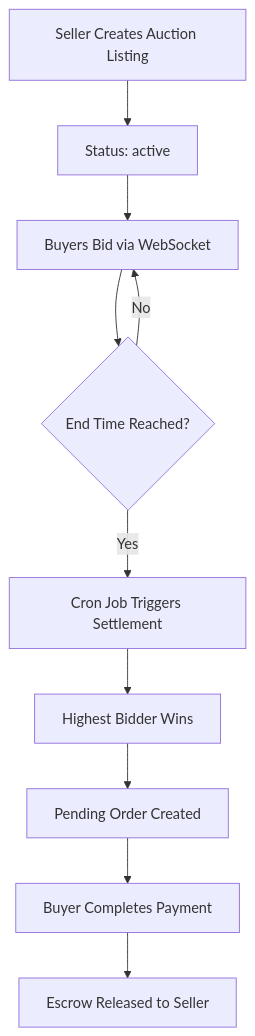
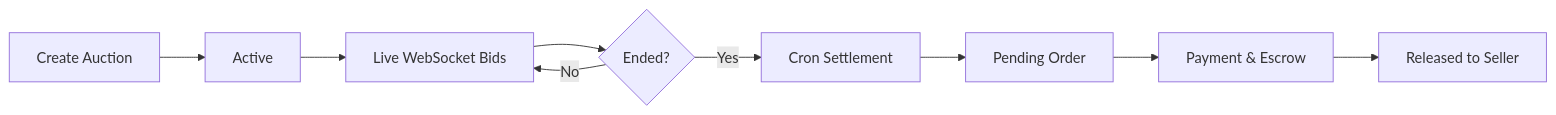
One commit to Sia3136/BidCraft changed the second of 7 diagrams in README.md. Above: the diagram before and after it, drawn with Mermaid. The commit also changed other lines of this file, not shown here.

Commit message:
docs: update README badges, interface preview layout, and architecture flowchart

````diff
--- a/README.md
+++ b/README.md
@@ -112,12 +133,11 @@
 ```mermaid
-flowchart TD
-    A[Seller Creates Auction Listing] --> B[Status: active]
-    B --> C[Buyers Bid via WebSocket]
-    C --> D{End Time Reached?}
+flowchart LR
+    A[Create Auction] --> B[Active]
+    B --> C[Live WebSocket Bids]
+    C --> D{Ended?}
     D -- No --> C
-    D -- Yes --> E[Cron Job Triggers Settlement]
-    E --> F[Highest Bidder Wins]
-    F --> G[Pending Order Created]
-    G --> H[Buyer Completes Payment]
-    H --> I[Escrow Released to Seller]
+    D -- Yes --> E[Cron Settlement]
+    E --> F[Pending Order]
+    F --> G[Payment & Escrow]
+    G --> H[Released to Seller]
 ```
````
